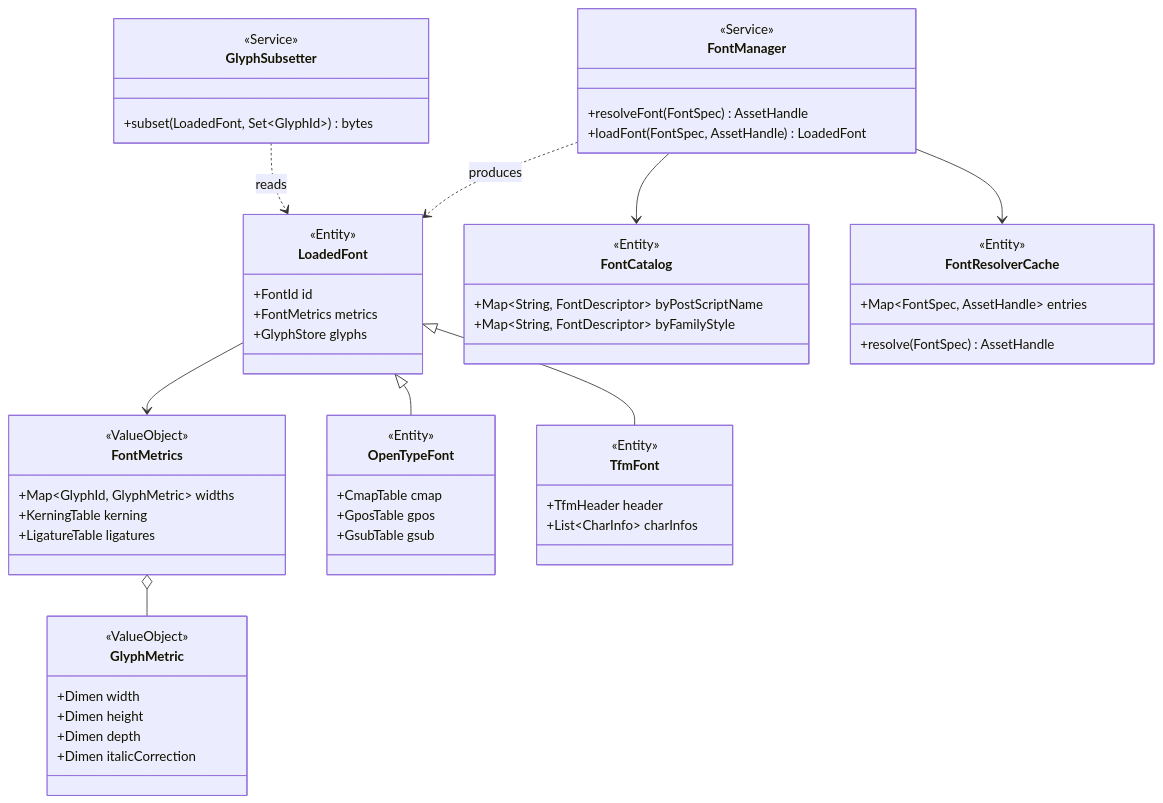
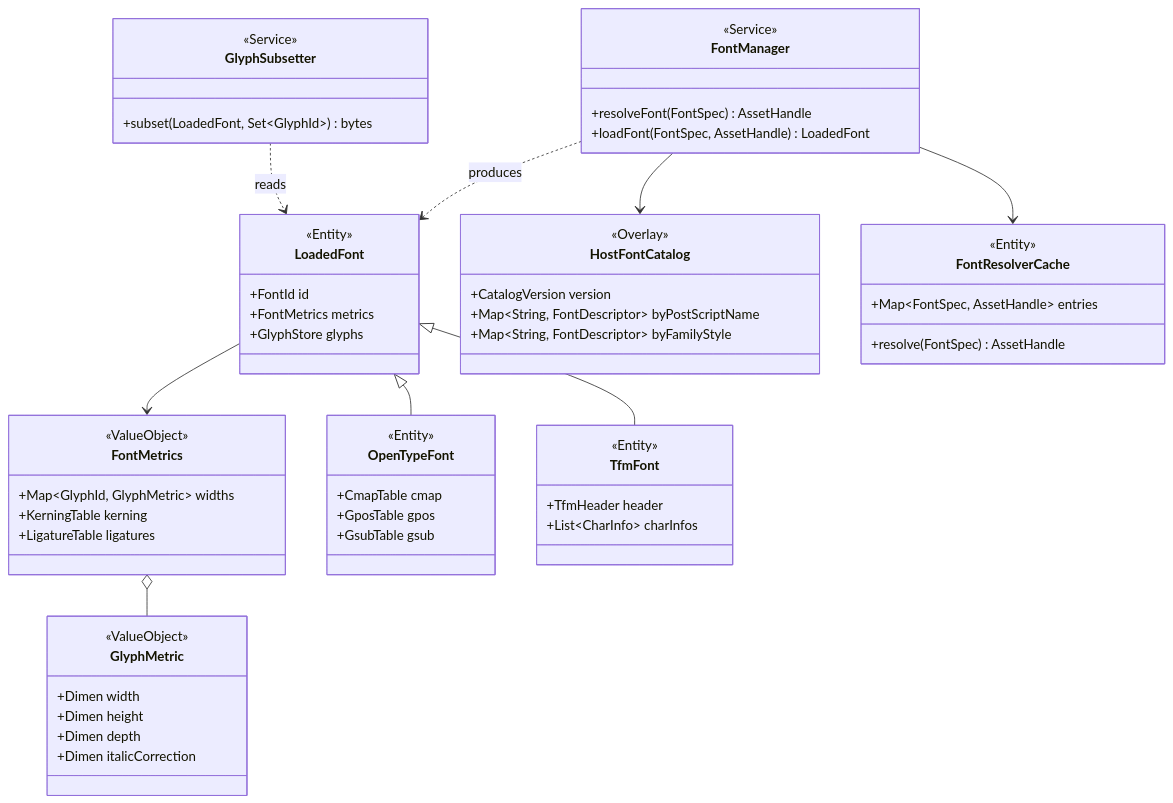
One commit to RK0429/ferritex changed the eighth of 12 diagrams in docs/domain_model.md. Above: the diagram before and after it, drawn with Mermaid. The commit also changed other lines of this file and 1 other file, not shown here.

````diff
--- a/docs/domain_model.md
+++ b/docs/domain_model.md
@@ -576,61 +708,62 @@
 ```mermaid
 classDiagram
     class FontManager {
         <<Service>>
         +resolveFont(FontSpec) AssetHandle
         +loadFont(FontSpec, AssetHandle) LoadedFont
     }
     class LoadedFont {
         <<Entity>>
         +FontId id
         +FontMetrics metrics
         +GlyphStore glyphs
     }
-    class FontCatalog {
-        <<Entity>>
+    class HostFontCatalog {
+        <<Overlay>>
+        +CatalogVersion version
         +Map~String, FontDescriptor~ byPostScriptName
         +Map~String, FontDescriptor~ byFamilyStyle
     }
     class FontResolverCache {
         <<Entity>>
         +Map~FontSpec, AssetHandle~ entries
         +resolve(FontSpec) AssetHandle
     }
     class FontMetrics {
         <<ValueObject>>
         +Map~GlyphId, GlyphMetric~ widths
         +KerningTable kerning
         +LigatureTable ligatures
     }
     class GlyphMetric {
         <<ValueObject>>
         +Dimen width
         +Dimen height
         +Dimen depth
         +Dimen italicCorrection
     }
     class OpenTypeFont {
         <<Entity>>
         +CmapTable cmap
         +GposTable gpos
         +GsubTable gsub
     }
     class TfmFont {
         <<Entity>>
         +TfmHeader header
         +List~CharInfo~ charInfos
     }
     class GlyphSubsetter {
         <<Service>>
         +subset(LoadedFont, Set~GlyphId~) bytes
     }
 
     LoadedFont --> FontMetrics
     FontMetrics o-- GlyphMetric
     LoadedFont <|-- OpenTypeFont
     LoadedFont <|-- TfmFont
-    FontManager --> FontCatalog
+    FontManager --> HostFontCatalog
     FontManager --> FontResolverCache
     FontManager ..> LoadedFont : produces
     GlyphSubsetter ..> LoadedFont : reads
 ```
````
